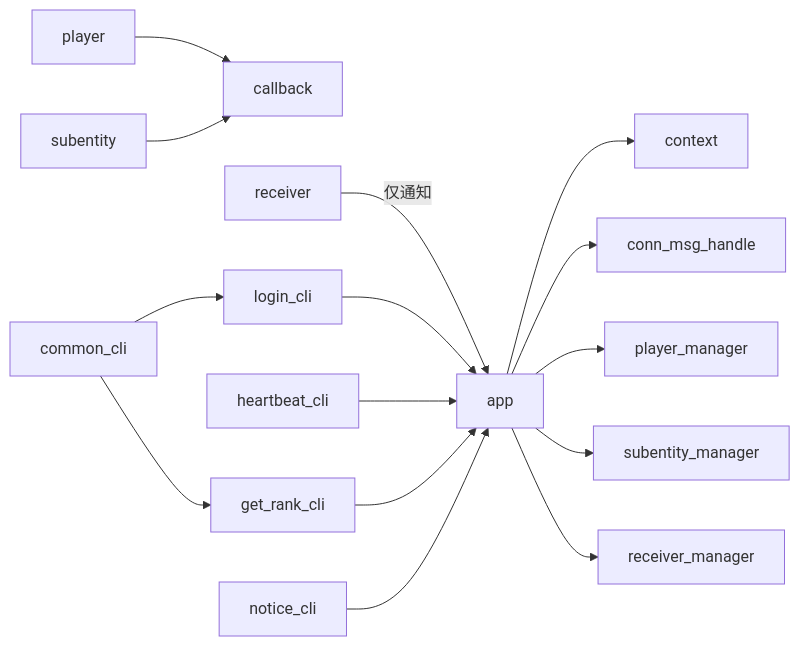
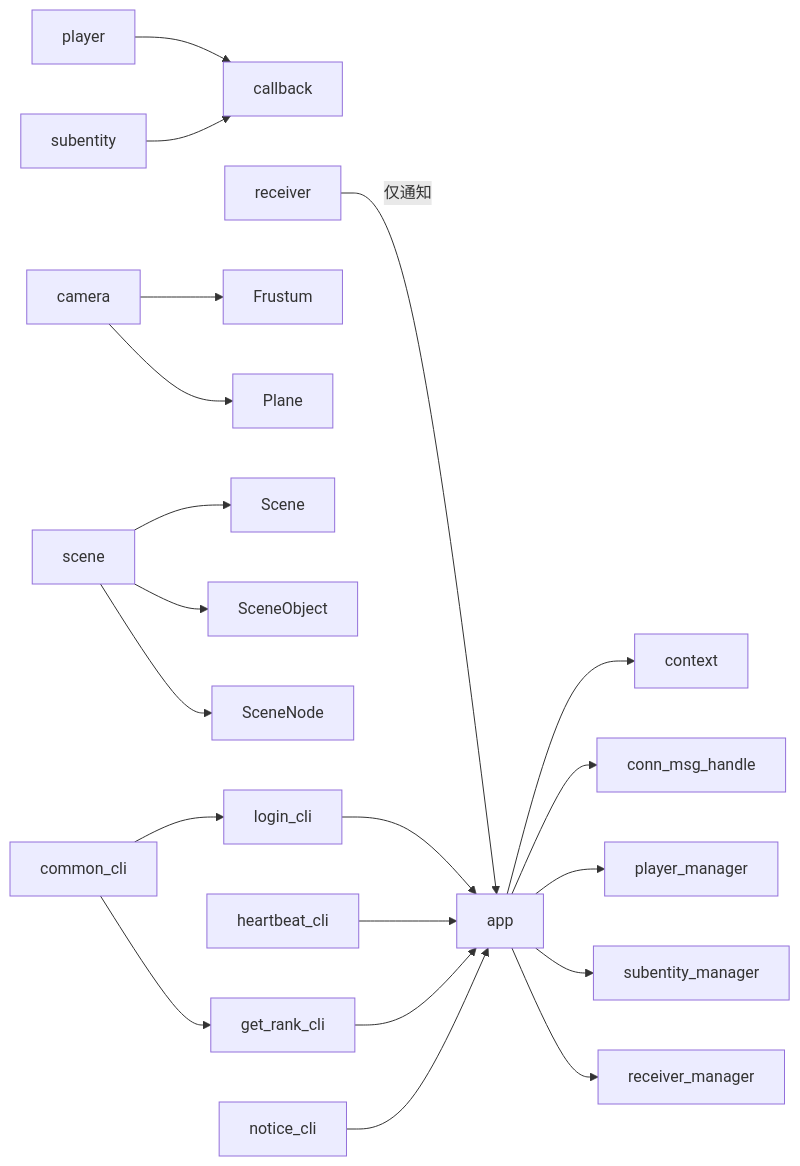
Before and after one commit to qianqians/geese: the tenth of 10 diagrams in .qoder/repowiki/zh/content/示例项目/客户端示例/Python 客户端示例.md, drawn with Mermaid. The commit also changed other lines of this file and 8 other files, not shown here.

````diff
--- a/.qoder/repowiki/zh/content/示例项目/客户端示例/Python 客户端示例.md
+++ b/.qoder/repowiki/zh/content/示例项目/客户端示例/Python 客户端示例.md
@@ -353,17 +506,22 @@
 ```mermaid
 graph LR
 APP["app"] --> CTX["context"]
 APP --> CMSG["conn_msg_handle"]
 APP --> PLRM["player_manager"]
 APP --> SUBM["subentity_manager"]
 APP --> RCEM["receiver_manager"]
 PLR["player"] --> CBK["callback"]
 SUB["subentity"] --> CBK
 RCV["receiver"] --> |"仅通知"| APP
+CAM["camera"] --> FRU["Frustum"]
+CAM --> PLA["Plane"]
+SCN["scene"] --> SCL["Scene"]
+SCN --> SON["SceneObject"]
+SCN --> SN["SceneNode"]
 LCLI["login_cli"] --> APP
 HCLI["heartbeat_cli"] --> APP
 GCLI["get_rank_cli"] --> APP
 NCLI["notice_cli"] --> APP
 COM["common_cli"] --> LCLI
 COM --> GCLI
 ```
````
